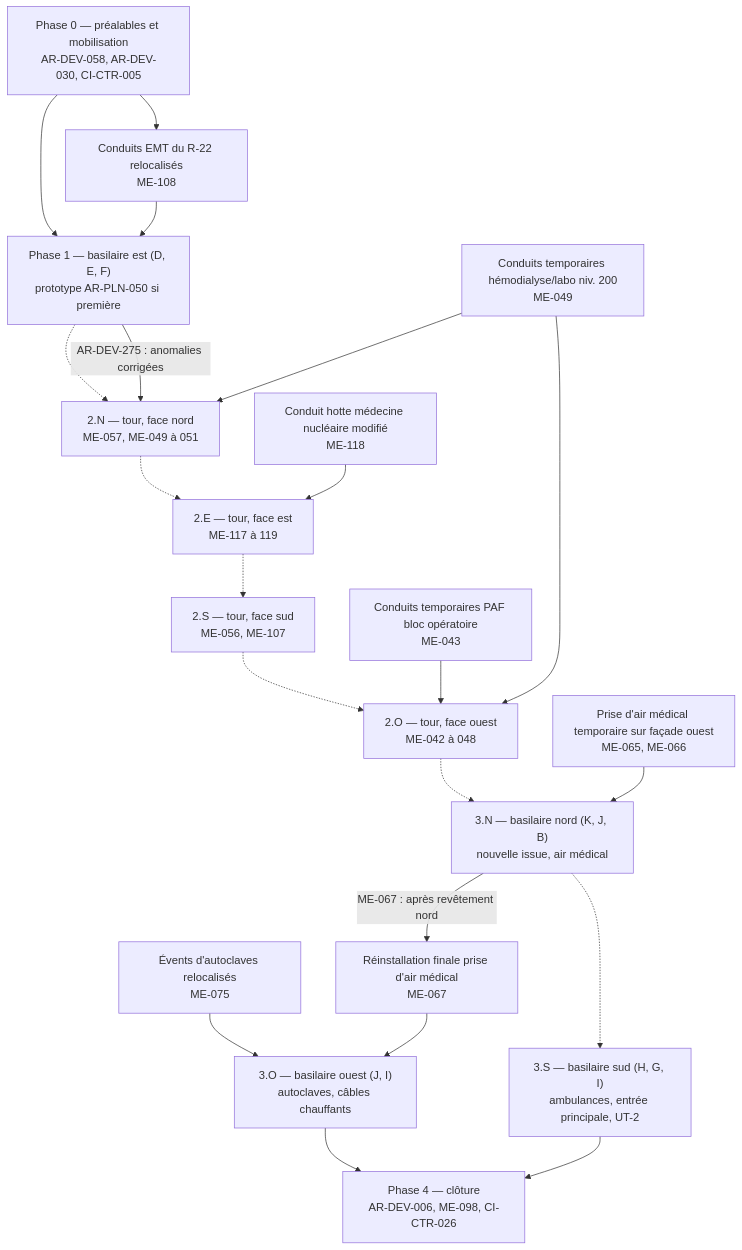
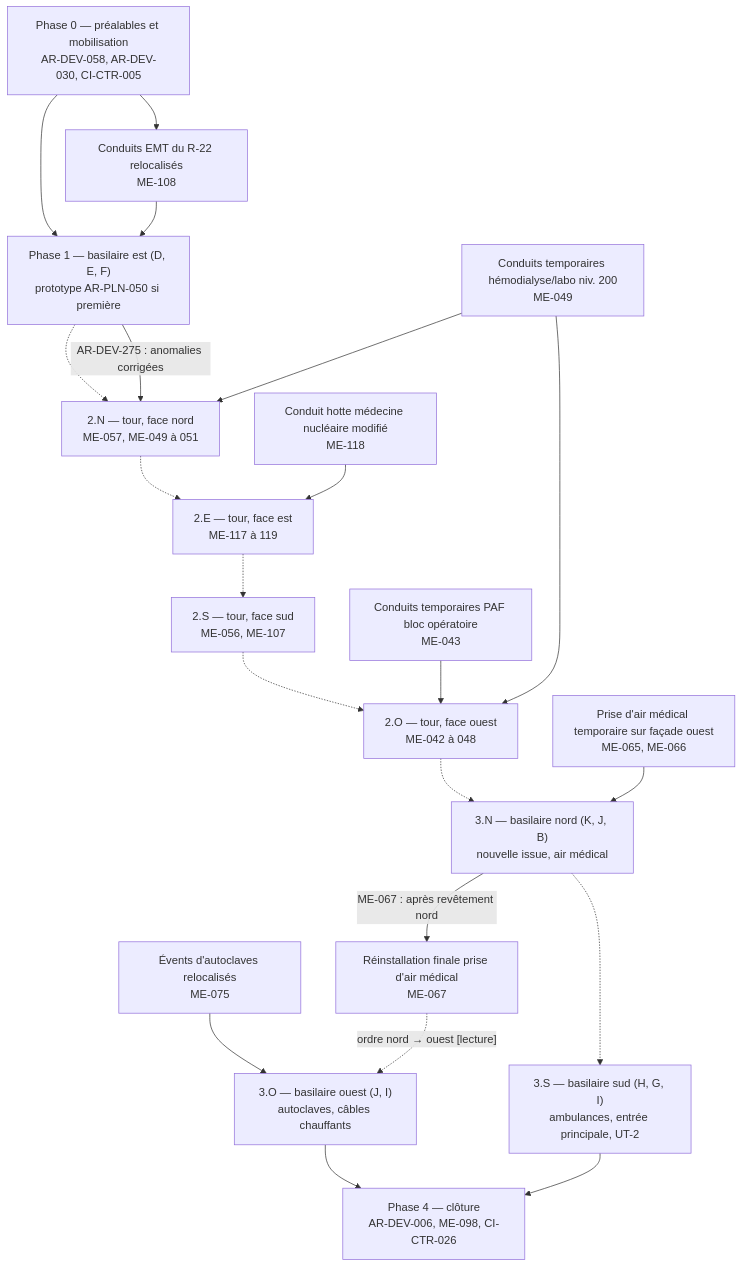
The first of 4 diagrams in analyse/03-phasage.md (GLCRM/Chandler), drawn with Mermaid before and after one commit. The commit also changed other lines of this file, not shown here.

First line of the commit message:
Présenter l'ordre nord → ouest comme une lecture et non comme une règle écrite

````diff
--- a/analyse/03-phasage.md
+++ b/analyse/03-phasage.md
@@ -264,37 +264,38 @@
 ```mermaid
 flowchart TD
     P0["Phase 0 — préalables et mobilisation<br/>AR-DEV-058, AR-DEV-030, CI-CTR-005"]
     P1["Phase 1 — basilaire est (D, E, F)<br/>prototype AR-PLN-050 si première"]
     T2N["2.N — tour, face nord<br/>ME-057, ME-049 à 051"]
     T2E["2.E — tour, face est<br/>ME-117 à 119"]
     T2S["2.S — tour, face sud<br/>ME-056, ME-107"]
     T2O["2.O — tour, face ouest<br/>ME-042 à 048"]
     B3N["3.N — basilaire nord (K, J, B)<br/>nouvelle issue, air médical"]
     B3O["3.O — basilaire ouest (J, I)<br/>autoclaves, câbles chauffants"]
     B3S["3.S — basilaire sud (H, G, I)<br/>ambulances, entrée principale, UT-2"]
     P4["Phase 4 — clôture<br/>AR-DEV-006, ME-098, CI-CTR-026"]
     PRE_H["Conduits temporaires hémodialyse/labo niv. 200<br/>ME-049"]
     PRE_BO["Conduits temporaires PAF bloc opératoire<br/>ME-043"]
     PRE_MN["Conduit hotte médecine nucléaire modifié<br/>ME-118"]
     PRE_AM["Prise d'air médical temporaire sur façade ouest<br/>ME-065, ME-066"]
     PRE_AC["Évents d'autoclaves relocalisés<br/>ME-075"]
     PRE_R22["Conduits EMT du R-22 relocalisés<br/>ME-108"]
     FIN_AM["Réinstallation finale prise d'air médical<br/>ME-067"]
 
     P0 --> P1
     P0 --> PRE_R22 --> P1
     P1 -.-> T2N
     PRE_H --> T2N
     PRE_H --> T2O
     PRE_MN --> T2E
     PRE_BO --> T2O
     T2N -.-> T2E -.-> T2S -.-> T2O
     T2O -.-> B3N
     PRE_AM --> B3N
-    B3N -->|"ME-067 : après revêtement nord"| FIN_AM --> B3O
+    B3N -->|"ME-067 : après revêtement nord"| FIN_AM
+    FIN_AM -.->|"ordre nord → ouest [lecture]"| B3O
     PRE_AC --> B3O
     B3N -.-> B3S
     B3O --> P4
     B3S --> P4
     P1 -->|"AR-DEV-275 : anomalies corrigées"| T2N
 ```
````
